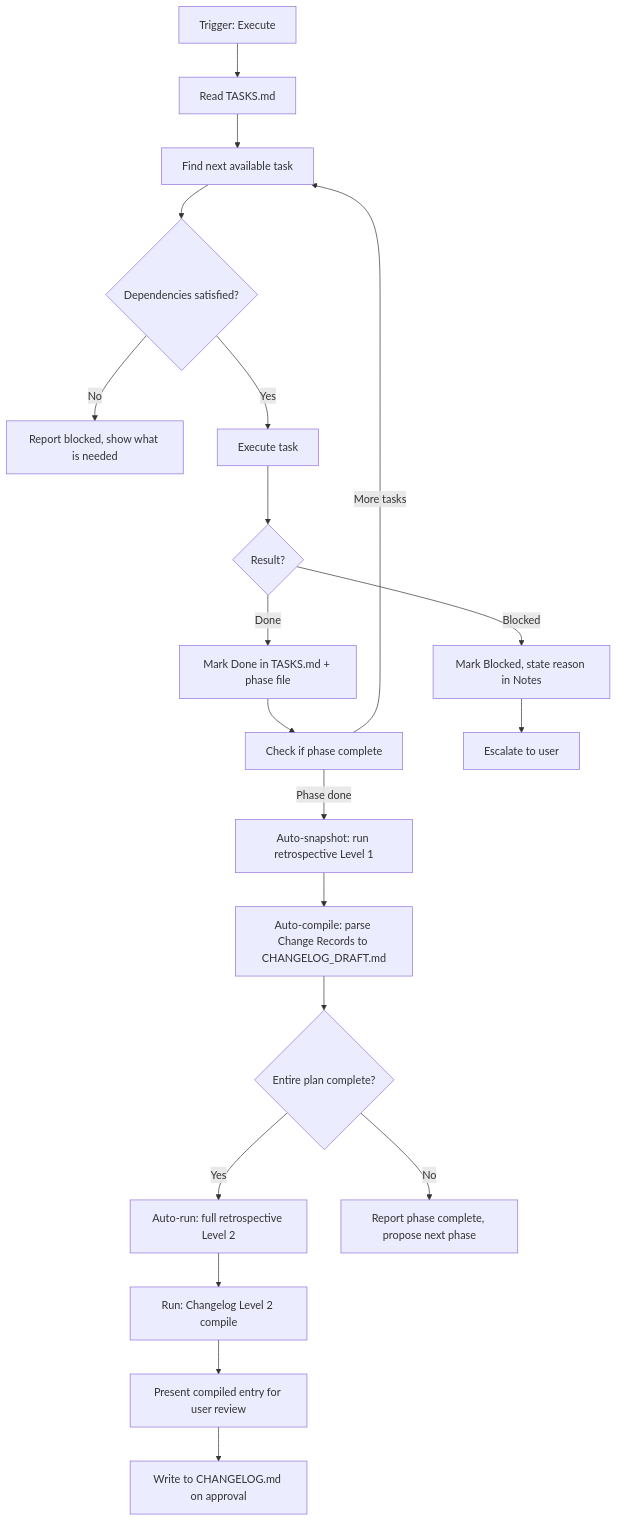
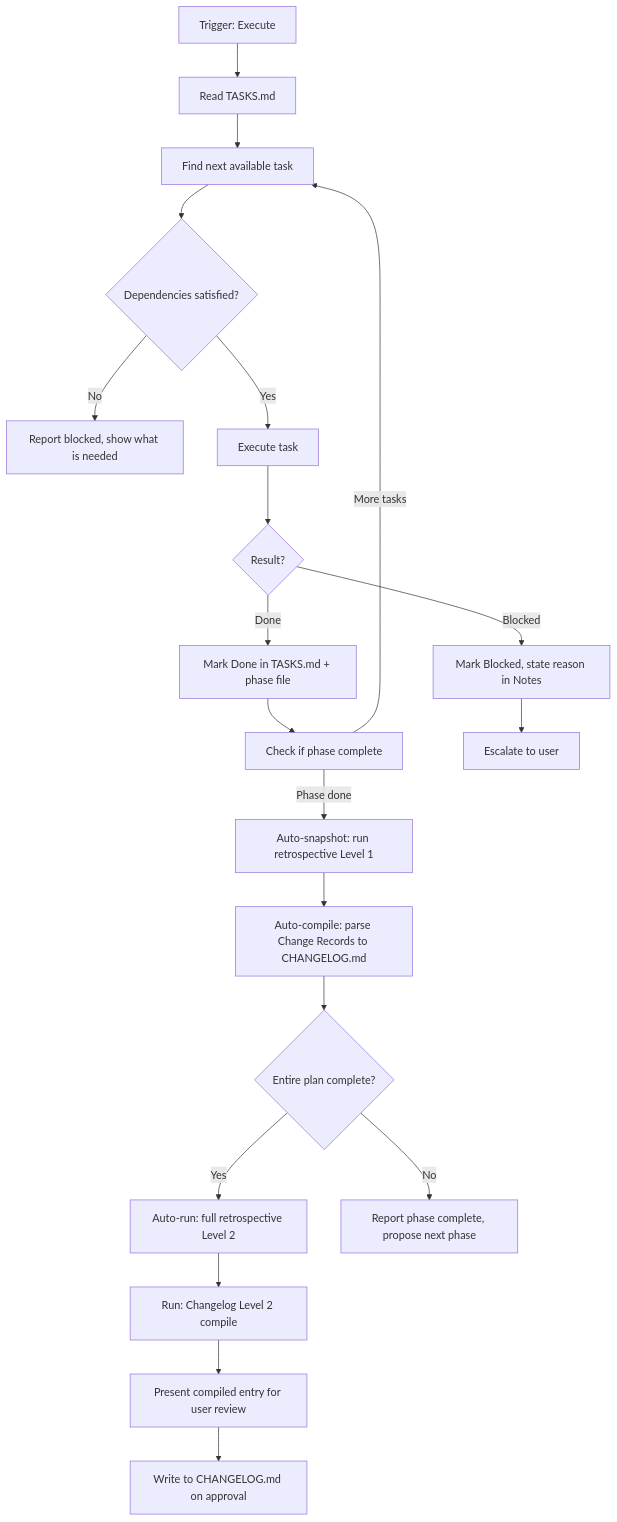
Before and after one commit to teratron/magic-spec: the second of 3 diagrams in .magic/task.md, drawn with Mermaid. The commit also changed other lines of this file and 19 other files, not shown here.

````diff
--- a/.magic/task.md
+++ b/.magic/task.md
@@ -212,22 +212,22 @@
 ```mermaid
 graph TD
     A[Trigger: Execute] --> B[Read TASKS.md]
     B --> C[Find next available task]
     C --> D{Dependencies satisfied?}
     D -->|No| E[Report blocked, show what is needed]
     D -->|Yes| F[Execute task]
     F --> G{Result?}
     G -->|Done| H[Mark Done in TASKS.md + phase file]
     G -->|Blocked| I[Mark Blocked, state reason in Notes]
     H --> J[Check if phase complete]
     J -->|Phase done| K[Auto-snapshot: run retrospective Level 1]
-    K --> L1[Auto-compile: parse Change Records to CHANGELOG_DRAFT.md]
+    K --> L1[Auto-compile: parse Change Records to CHANGELOG.md]
     L1 --> L{Entire plan complete?}
     L -->|Yes| M[Auto-run: full retrospective Level 2]
     M --> M1[Run: Changelog Level 2 compile]
     M1 --> M2[Present compiled entry for user review]
     M2 --> N1[Write to CHANGELOG.md on approval]
     L -->|No| N[Report phase complete, propose next phase]
     J -->|More tasks| C
     I --> O[Escalate to user]
 ```
````
